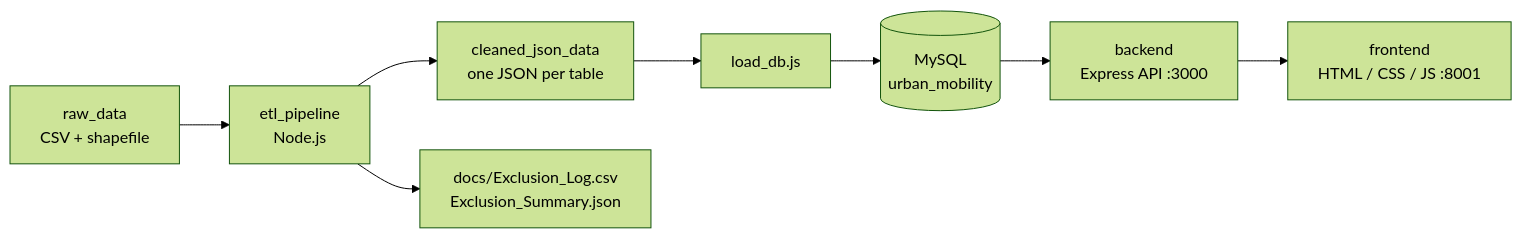
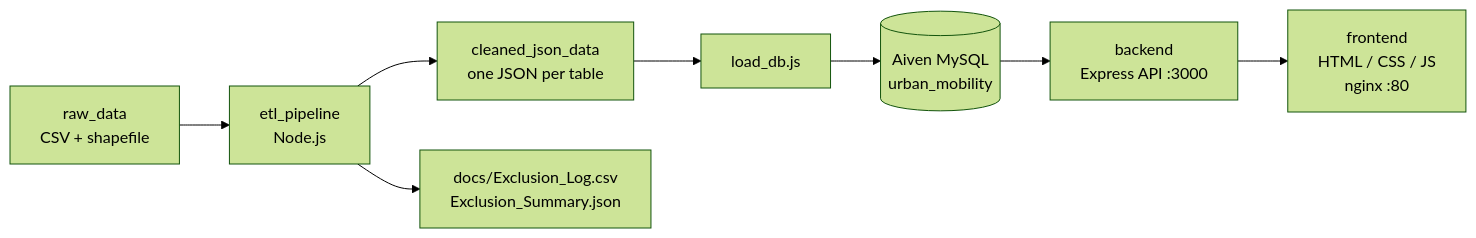
One commit to gunnogere/Team4C1_Summative_Urban_Mobility_Data_Explorer changed the diagram in README.md. Above: the diagram before and after it, drawn with Mermaid (forest theme). The commit also changed other lines of this file and 14 other files, not shown here.

````diff
--- a/README.md
+++ b/README.md
@@ -25,10 +25,10 @@
 ```mermaid
 flowchart LR
     RAW[raw_data<br/>CSV + shapefile] --> ETL[etl_pipeline<br/>Node.js]
     ETL --> JSON[cleaned_json_data<br/>one JSON per table]
     ETL --> LOG[docs/Exclusion_Log.csv<br/>Exclusion_Summary.json]
     JSON --> LOAD[load_db.js]
-    LOAD --> DB[(MySQL<br/>urban_mobility)]
+    LOAD --> DB[(Aiven MySQL<br/>urban_mobility)]
     DB --> API[backend<br/>Express API :3000]
-    API --> UI[frontend<br/>HTML / CSS / JS :8001]
+    API --> UI[frontend<br/>HTML / CSS / JS<br/>nginx :80]
 ```
````
